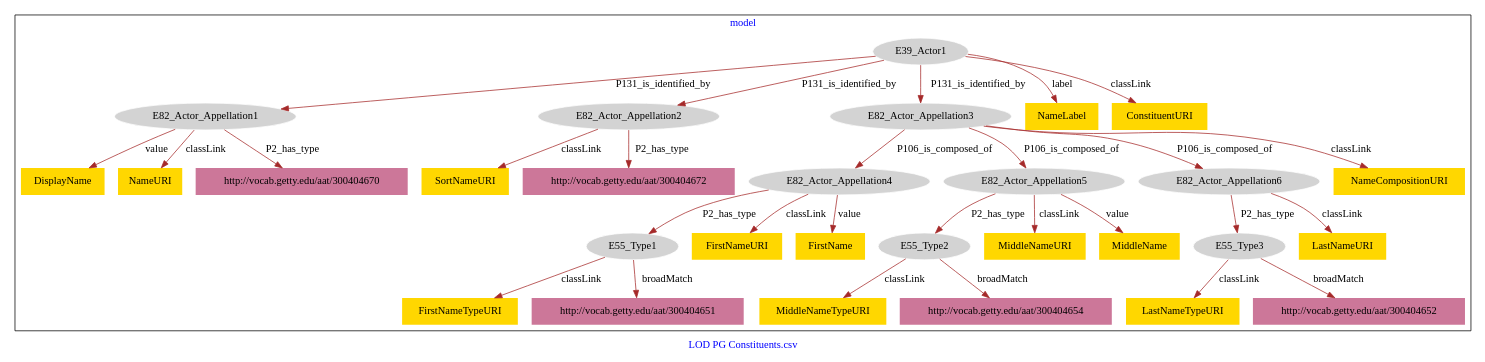
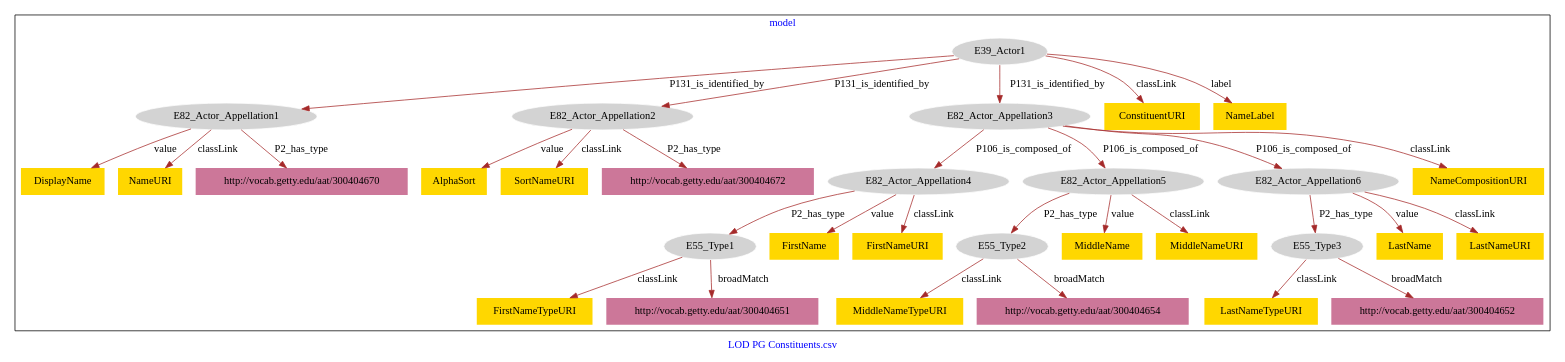
One commit to american-art/cbm changed the diagram in PG_Constituents/PG_Constituents-model.dot. Above: the diagram before and after it, drawn with Graphviz.

Commit message:
Update file PG_Constituents-model.dot

```diff
--- a/PG_Constituents/PG_Constituents-model.dot
+++ b/PG_Constituents/PG_Constituents-model.dot
@@ -1,65 +1,69 @@
 digraph n0 {
 fontcolor="blue"
 remincross="true"
 label="LOD PG Constituents.csv"
 subgraph cluster {
 label="model"
 n2[style="filled",color="white",fillcolor="lightgray",label="E39_Actor1"];
 n3[style="filled",color="white",fillcolor="lightgray",label="E82_Actor_Appellation1"];
 n4[style="filled",color="white",fillcolor="lightgray",label="E82_Actor_Appellation2"];
 n5[style="filled",color="white",fillcolor="lightgray",label="E82_Actor_Appellation3"];
 n6[style="filled",color="white",fillcolor="lightgray",label="E82_Actor_Appellation4"];
 n7[style="filled",color="white",fillcolor="lightgray",label="E82_Actor_Appellation5"];
 n8[style="filled",color="white",fillcolor="lightgray",label="E82_Actor_Appellation6"];
 n9[style="filled",color="white",fillcolor="lightgray",label="E55_Type1"];
 n10[style="filled",color="white",fillcolor="lightgray",label="E55_Type2"];
 n11[style="filled",color="white",fillcolor="lightgray",label="E55_Type3"];
-n12[shape="plaintext",style="filled",fillcolor="gold",label="DisplayName"];
-n13[shape="plaintext",style="filled",fillcolor="gold",label="MiddleNameURI"];
-n14[shape="plaintext",style="filled",fillcolor="gold",label="MiddleNameTypeURI"];
-n15[shape="plaintext",style="filled",fillcolor="gold",label="MiddleName"];
-n16[shape="plaintext",style="filled",fillcolor="gold",label="FirstNameTypeURI"];
-n17[shape="plaintext",style="filled",fillcolor="gold",label="NameCompositionURI"];
-n18[shape="plaintext",style="filled",fillcolor="gold",label="LastNameTypeURI"];
-n19[shape="plaintext",style="filled",fillcolor="gold",label="LastNameURI"];
-n20[shape="plaintext",style="filled",fillcolor="gold",label="NameURI"];
-n21[shape="plaintext",style="filled",fillcolor="gold",label="SortNameURI"];
-n22[shape="plaintext",style="filled",fillcolor="gold",label="FirstNameURI"];
-n23[shape="plaintext",style="filled",fillcolor="gold",label="FirstName"];
+n12[shape="plaintext",style="filled",fillcolor="gold",label="FirstName"];
+n13[shape="plaintext",style="filled",fillcolor="gold",label="MiddleName"];
+n14[shape="plaintext",style="filled",fillcolor="gold",label="LastNameTypeURI"];
+n15[shape="plaintext",style="filled",fillcolor="gold",label="LastName"];
+n16[shape="plaintext",style="filled",fillcolor="gold",label="NameCompositionURI"];
+n17[shape="plaintext",style="filled",fillcolor="gold",label="ConstituentURI"];
+n18[shape="plaintext",style="filled",fillcolor="gold",label="DisplayName"];
+n19[shape="plaintext",style="filled",fillcolor="gold",label="FirstNameURI"];
+n20[shape="plaintext",style="filled",fillcolor="gold",label="LastNameURI"];
+n21[shape="plaintext",style="filled",fillcolor="gold",label="MiddleNameURI"];
+n22[shape="plaintext",style="filled",fillcolor="gold",label="AlphaSort"];
+n23[shape="plaintext",style="filled",fillcolor="gold",label="MiddleNameTypeURI"];
 n24[shape="plaintext",style="filled",fillcolor="gold",label="NameLabel"];
-n25[shape="plaintext",style="filled",fillcolor="gold",label="ConstituentURI"];
-n26[shape="plaintext",style="filled",fillcolor="#CC7799",label="http://vocab.getty.edu/aat/300404670"];
-n27[shape="plaintext",style="filled",fillcolor="#CC7799",label="http://vocab.getty.edu/aat/300404651"];
-n28[shape="plaintext",style="filled",fillcolor="#CC7799",label="http://vocab.getty.edu/aat/300404672"];
-n29[shape="plaintext",style="filled",fillcolor="#CC7799",label="http://vocab.getty.edu/aat/300404654"];
-n30[shape="plaintext",style="filled",fillcolor="#CC7799",label="http://vocab.getty.edu/aat/300404652"];
+n25[shape="plaintext",style="filled",fillcolor="gold",label="FirstNameTypeURI"];
+n26[shape="plaintext",style="filled",fillcolor="gold",label="SortNameURI"];
+n27[shape="plaintext",style="filled",fillcolor="gold",label="NameURI"];
+n28[shape="plaintext",style="filled",fillcolor="#CC7799",label="http://vocab.getty.edu/aat/300404670"];
+n29[shape="plaintext",style="filled",fillcolor="#CC7799",label="http://vocab.getty.edu/aat/300404651"];
+n30[shape="plaintext",style="filled",fillcolor="#CC7799",label="http://vocab.getty.edu/aat/300404672"];
+n31[shape="plaintext",style="filled",fillcolor="#CC7799",label="http://vocab.getty.edu/aat/300404654"];
+n32[shape="plaintext",style="filled",fillcolor="#CC7799",label="http://vocab.getty.edu/aat/300404652"];
 }
 n2 -> n3[color="brown",fontcolor="black",label="P131_is_identified_by"]
 n2 -> n4[color="brown",fontcolor="black",label="P131_is_identified_by"]
 n2 -> n5[color="brown",fontcolor="black",label="P131_is_identified_by"]
 n5 -> n6[color="brown",fontcolor="black",label="P106_is_composed_of"]
 n5 -> n7[color="brown",fontcolor="black",label="P106_is_composed_of"]
 n5 -> n8[color="brown",fontcolor="black",label="P106_is_composed_of"]
 n6 -> n9[color="brown",fontcolor="black",label="P2_has_type"]
 n7 -> n10[color="brown",fontcolor="black",label="P2_has_type"]
 n8 -> n11[color="brown",fontcolor="black",label="P2_has_type"]
-n3 -> n12[color="brown",fontcolor="black",label="value"]
-n7 -> n13[color="brown",fontcolor="black",label="classLink"]
-n10 -> n14[color="brown",fontcolor="black",label="classLink"]
-n7 -> n15[color="brown",fontcolor="black",label="value"]
-n9 -> n16[color="brown",fontcolor="black",label="classLink"]
-n5 -> n17[color="brown",fontcolor="black",label="classLink"]
-n11 -> n18[color="brown",fontcolor="black",label="classLink"]
-n8 -> n19[color="brown",fontcolor="black",label="classLink"]
-n3 -> n20[color="brown",fontcolor="black",label="classLink"]
-n4 -> n21[color="brown",fontcolor="black",label="classLink"]
-n6 -> n22[color="brown",fontcolor="black",label="classLink"]
-n6 -> n23[color="brown",fontcolor="black",label="value"]
+n6 -> n12[color="brown",fontcolor="black",label="value"]
+n7 -> n13[color="brown",fontcolor="black",label="value"]
+n11 -> n14[color="brown",fontcolor="black",label="classLink"]
+n8 -> n15[color="brown",fontcolor="black",label="value"]
+n5 -> n16[color="brown",fontcolor="black",label="classLink"]
+n2 -> n17[color="brown",fontcolor="black",label="classLink"]
+n3 -> n18[color="brown",fontcolor="black",label="value"]
+n6 -> n19[color="brown",fontcolor="black",label="classLink"]
+n8 -> n20[color="brown",fontcolor="black",label="classLink"]
+n7 -> n21[color="brown",fontcolor="black",label="classLink"]
+n4 -> n22[color="brown",fontcolor="black",label="value"]
+n10 -> n23[color="brown",fontcolor="black",label="classLink"]
 n2 -> n24[color="brown",fontcolor="black",label="label"]
-n2 -> n25[color="brown",fontcolor="black",label="classLink"]
-n3 -> n26[color="brown",fontcolor="black",label="P2_has_type"]
-n9 -> n27[color="brown",fontcolor="black",label="broadMatch"]
-n4 -> n28[color="brown",fontcolor="black",label="P2_has_type"]
-n10 -> n29[color="brown",fontcolor="black",label="broadMatch"]
-n11 -> n30[color="brown",fontcolor="black",label="broadMatch"]
+n9 -> n25[color="brown",fontcolor="black",label="classLink"]
+n4 -> n26[color="brown",fontcolor="black",label="classLink"]
+n3 -> n27[color="brown",fontcolor="black",label="classLink"]
+n3 -> n28[color="brown",fontcolor="black",label="P2_has_type"]
+n9 -> n29[color="brown",fontcolor="black",label="broadMatch"]
+n4 -> n30[color="brown",fontcolor="black",label="P2_has_type"]
+n10 -> n31[color="brown",fontcolor="black",label="broadMatch"]
+n11 -> n32[color="brown",fontcolor="black",label="broadMatch"]
 }
```
